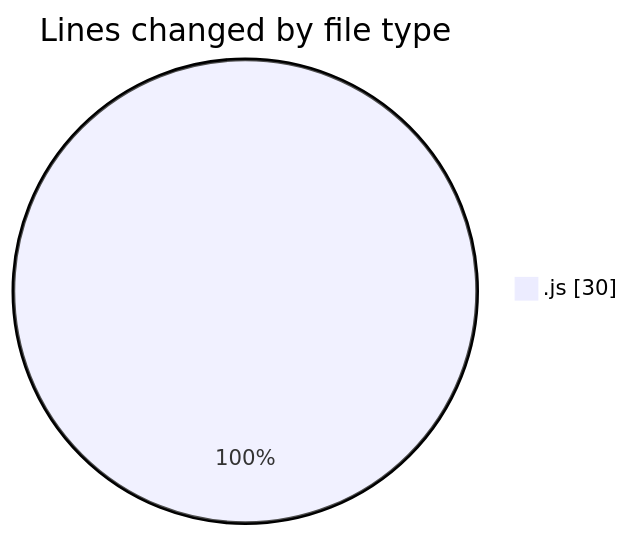
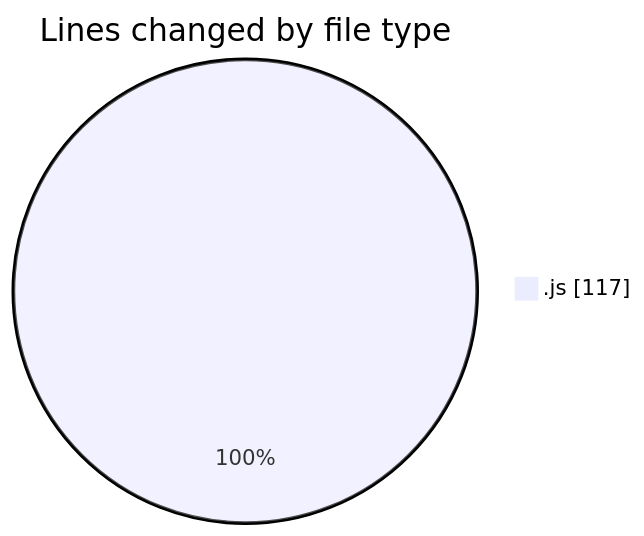
The first of 2 diagrams in 2025-08-05/javascript/README.md (Ritupan-Deka/code-tracking), drawn with Mermaid before and after one commit. The commit also changed other lines of this file and 1 other file, not shown here.

````diff
--- a/2025-08-05/javascript/README.md
+++ b/2025-08-05/javascript/README.md
@@ -21,5 +21,5 @@
 ```mermaid
 pie showData
 title Lines changed by file type
-".js" : 30
+".js" : 117
 ```
````
